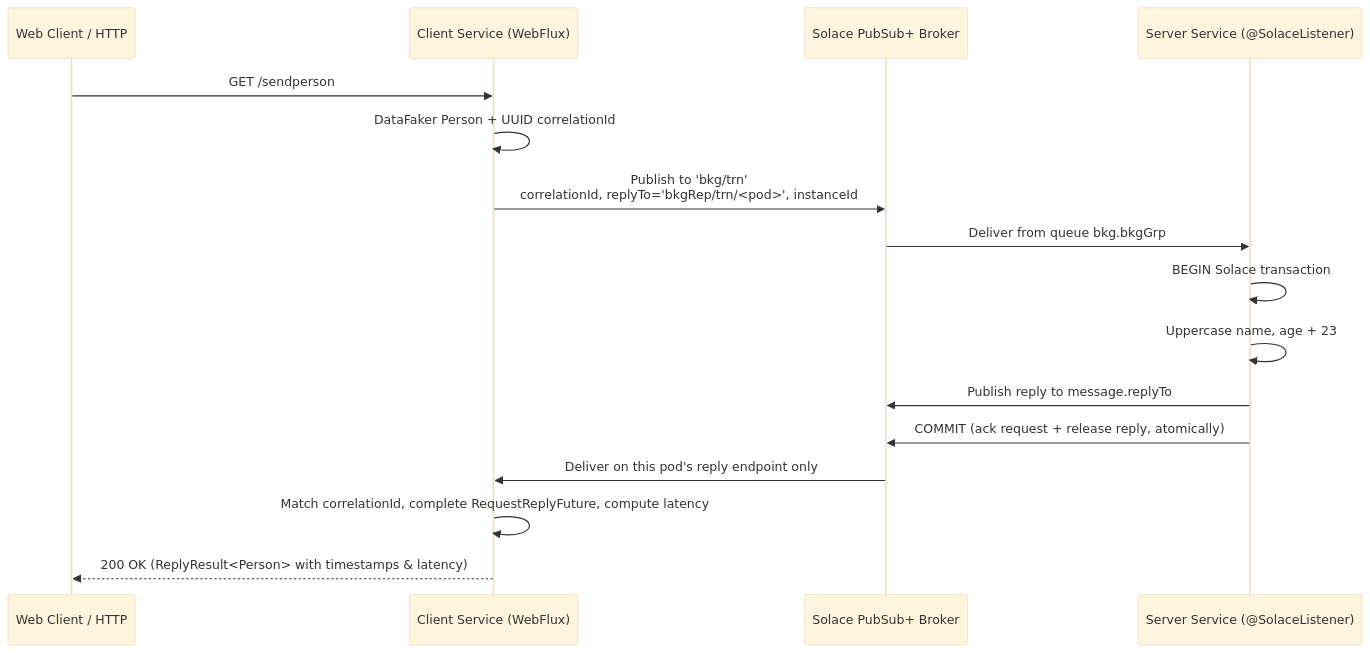
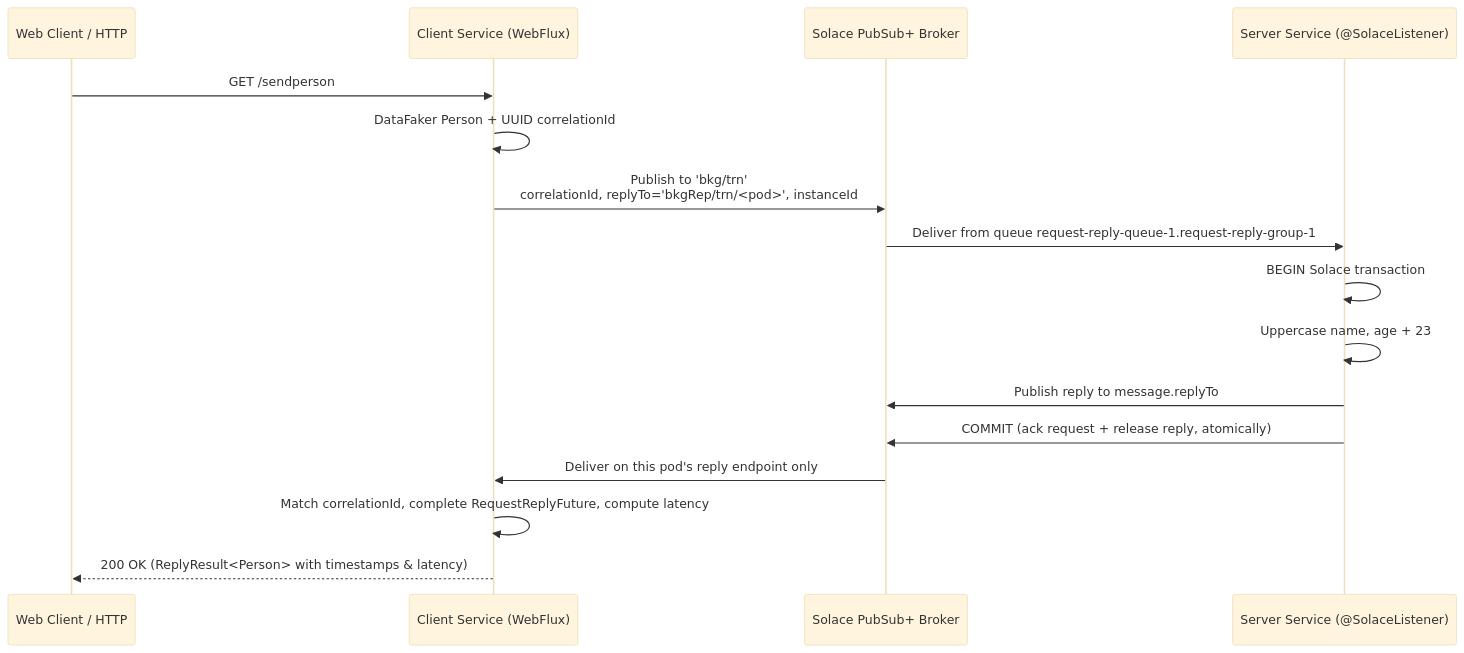
Before and after one commit to anupambasak/solace-request-reply: the diagram in README.md, drawn with Mermaid (base theme). The commit also changed other lines of this file and 3 other files, not shown here.

````diff
--- a/README.md
+++ b/README.md
@@ -17,19 +17,19 @@
 ```mermaid
 sequenceDiagram
     participant Web as Web Client / HTTP
     participant Client as Client Service (WebFlux)
     participant Solace as Solace PubSub+ Broker
     participant Server as Server Service (@SolaceListener)
 
     Web->>Client: GET /sendperson
     Client->>Client: DataFaker Person + UUID correlationId
     Client->>Solace: Publish to 'bkg/trn'<br/>correlationId, replyTo='bkgRep/trn/<pod>', instanceId
-    Solace->>Server: Deliver from queue bkg.bkgGrp
+    Solace->>Server: Deliver from queue request-reply-queue-1.request-reply-group-1
     Server->>Server: BEGIN Solace transaction
     Server->>Server: Uppercase name, age + 23
     Server->>Solace: Publish reply to message.replyTo
     Server->>Solace: COMMIT (ack request + release reply, atomically)
     Solace->>Client: Deliver on this pod's reply endpoint only
     Client->>Client: Match correlationId, complete RequestReplyFuture, compute latency
     Client-->>Web: 200 OK (ReplyResult<Person> with timestamps & latency)
 ```
````
